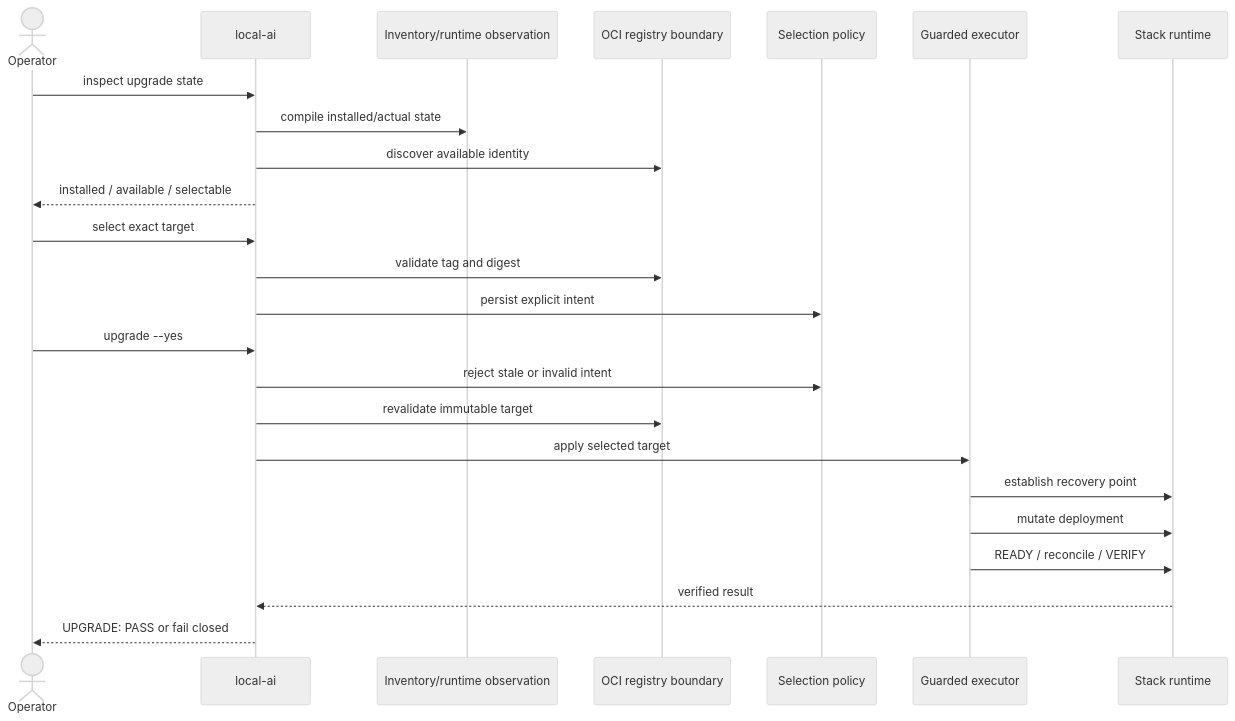
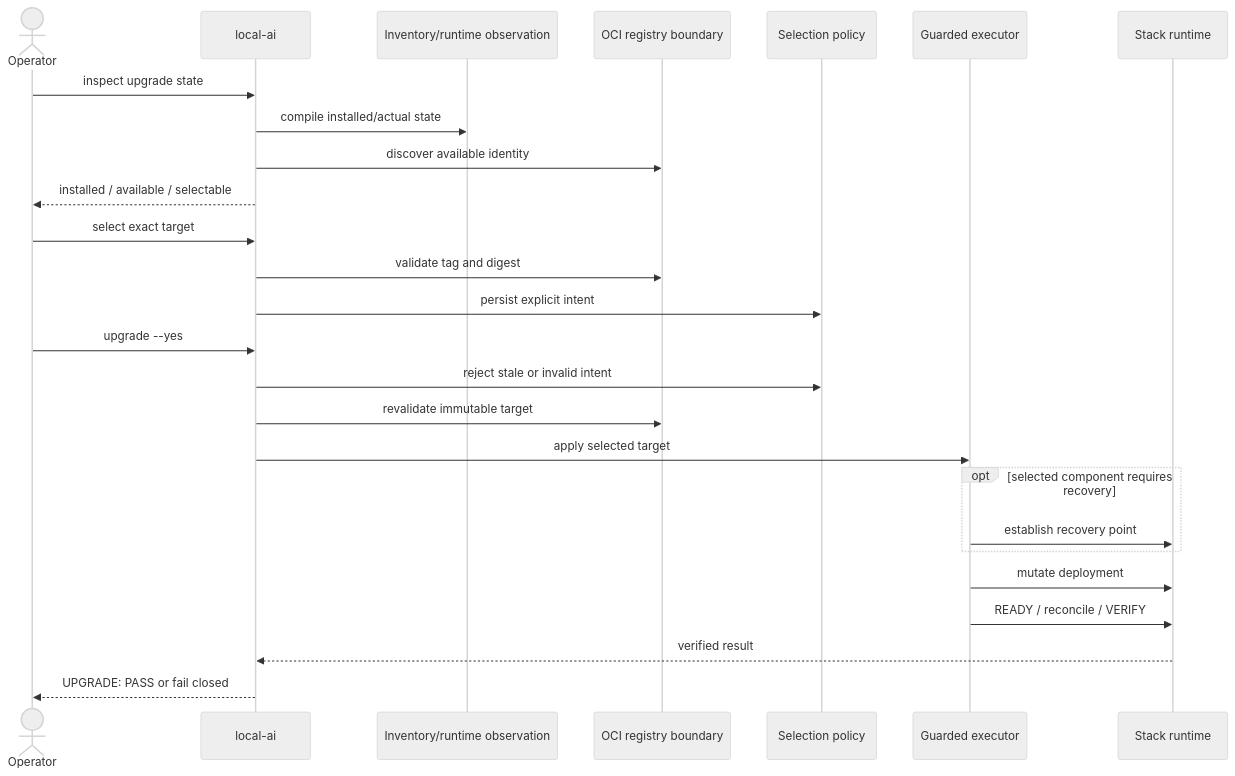
Before and after one commit to ea1het/local_hybrid_ai: the third of 5 diagrams in docs/architecture/management-plane.md, drawn with Mermaid (neutral theme). The commit also changed other lines of this file, not shown here.

Commit message:
docs: make upgrade recovery conditional in architecture

````diff
--- a/docs/architecture/management-plane.md
+++ b/docs/architecture/management-plane.md
@@ -56,29 +56,31 @@
 ```mermaid
 sequenceDiagram
     actor Operator
     participant CLI as local-ai
     participant Inventory as Inventory/runtime observation
     participant Registry as OCI registry boundary
     participant Selection as Selection policy
     participant Executor as Guarded executor
     participant Runtime as Stack runtime
 
     Operator->>CLI: inspect upgrade state
     CLI->>Inventory: compile installed/actual state
     CLI->>Registry: discover available identity
     CLI-->>Operator: installed / available / selectable
 
     Operator->>CLI: select exact target
     CLI->>Registry: validate tag and digest
     CLI->>Selection: persist explicit intent
 
     Operator->>CLI: upgrade --yes
     CLI->>Selection: reject stale or invalid intent
     CLI->>Registry: revalidate immutable target
     CLI->>Executor: apply selected target
-    Executor->>Runtime: establish recovery point
+    opt selected component requires recovery
+        Executor->>Runtime: establish recovery point
+    end
     Executor->>Runtime: mutate deployment
     Executor->>Runtime: READY / reconcile / VERIFY
     Runtime-->>CLI: verified result
     CLI-->>Operator: UPGRADE: PASS or fail closed
 ```
````
